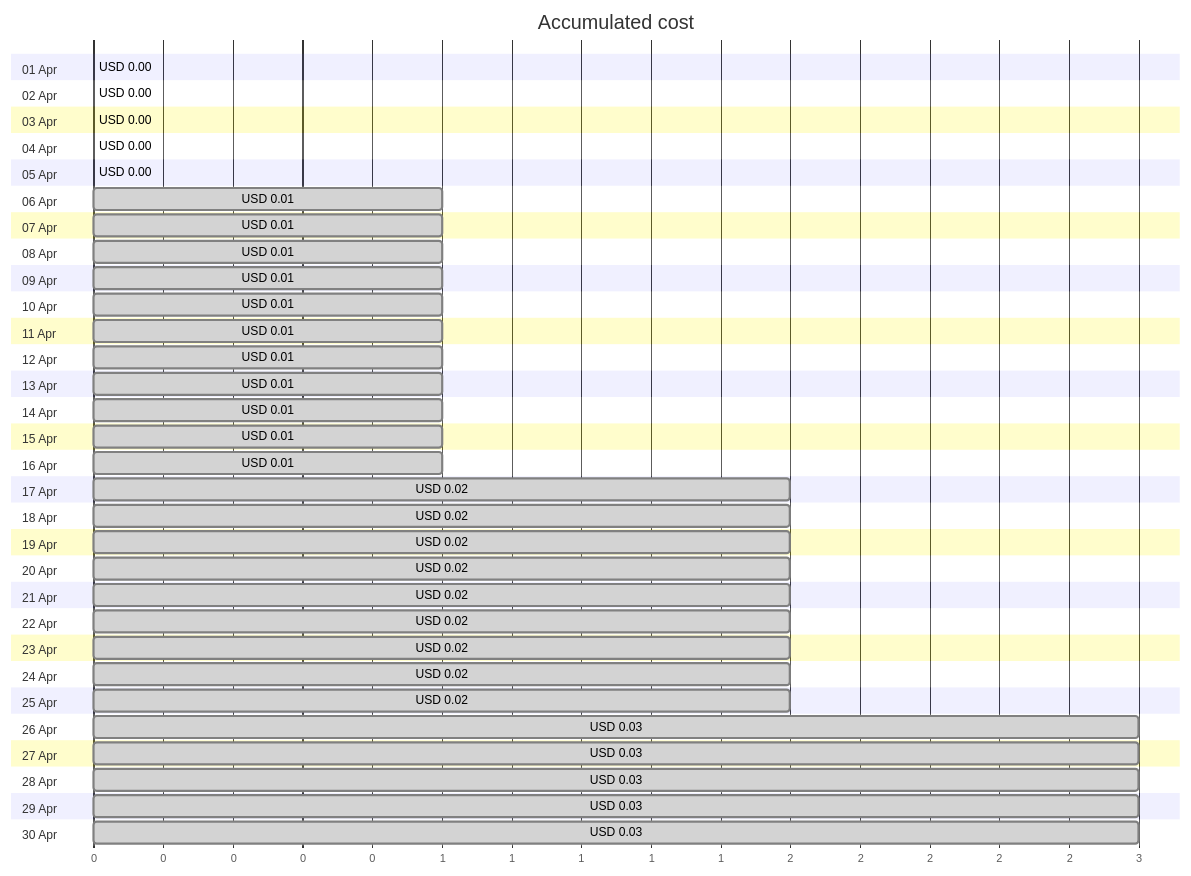
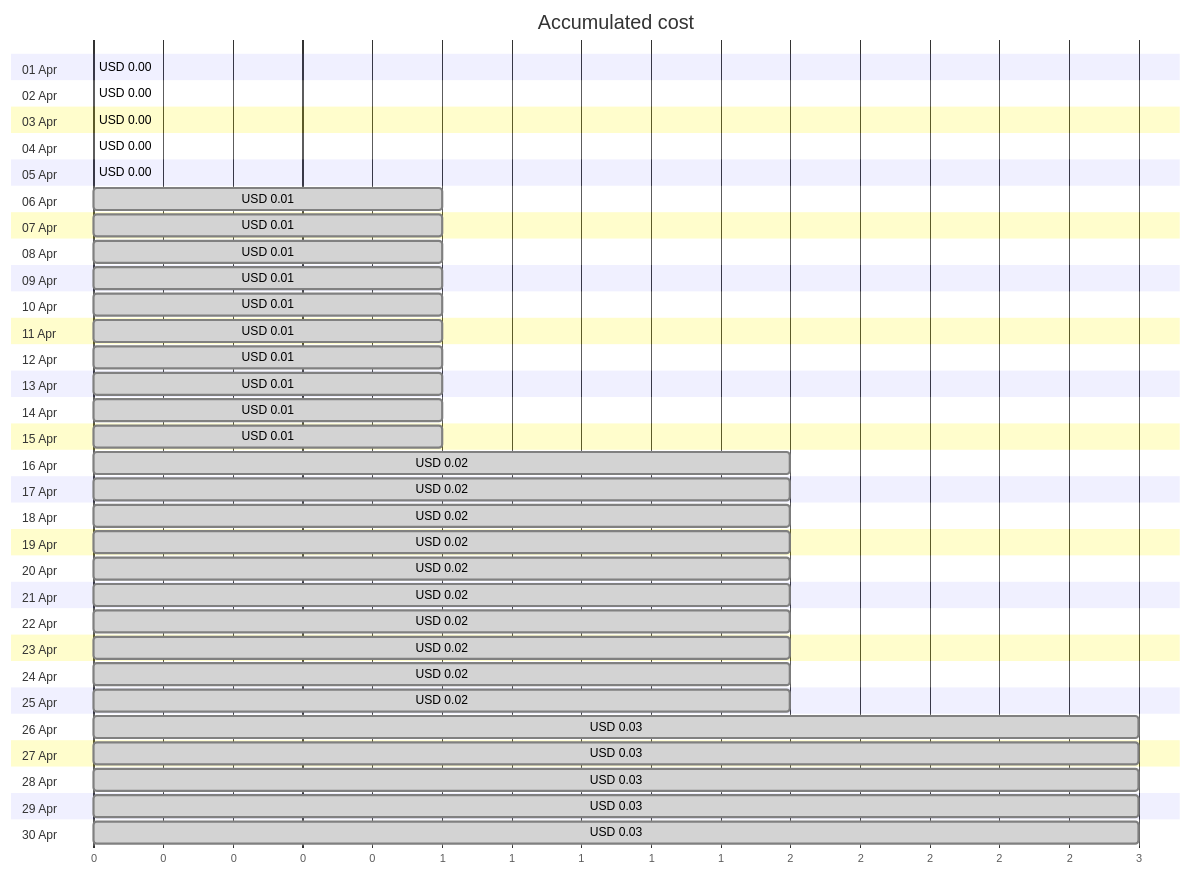
Before and after one commit to jpfulton/azure-personal-reports: the first of 4 diagrams in cost-reports/personal-site/personalsiteapipreview.md, drawn with Mermaid. The commit also changed other lines of this file and 7 other files, not shown here.

````diff
--- a/cost-reports/personal-site/personalsiteapipreview.md
+++ b/cost-reports/personal-site/personalsiteapipreview.md
@@ -20,66 +20,66 @@
 ```mermaid
 gantt
    title Accumulated cost
    dateFormat  X
    axisFormat %s
    section 01 Apr
    USD 0.00 :0, 0
    section 02 Apr
    USD 0.00 :0, 0
    section 03 Apr
    USD 0.00 :0, 0
    section 04 Apr
-   USD 0.00 : done, 0, 0
+   USD 0.00 :0, 0
    section 05 Apr
    USD 0.00 : done, 0, 0
    section 06 Apr
    USD 0.01 : done, 0, 1
    section 07 Apr
    USD 0.01 : done, 0, 1
    section 08 Apr
    USD 0.01 : done, 0, 1
    section 09 Apr
    USD 0.01 : done, 0, 1
    section 10 Apr
    USD 0.01 : done, 0, 1
    section 11 Apr
    USD 0.01 : done, 0, 1
    section 12 Apr
    USD 0.01 : done, 0, 1
    section 13 Apr
    USD 0.01 : done, 0, 1
    section 14 Apr
    USD 0.01 : done, 0, 1
    section 15 Apr
    USD 0.01 : done, 0, 1
    section 16 Apr
-   USD 0.01 : done, 0, 1
+   USD 0.02 : done, 0, 2
    section 17 Apr
    USD 0.02 : done, 0, 2
    section 18 Apr
    USD 0.02 : done, 0, 2
    section 19 Apr
    USD 0.02 : done, 0, 2
    section 20 Apr
    USD 0.02 : done, 0, 2
    section 21 Apr
    USD 0.02 : done, 0, 2
    section 22 Apr
    USD 0.02 : done, 0, 2
    section 23 Apr
    USD 0.02 : done, 0, 2
    section 24 Apr
    USD 0.02 : done, 0, 2
    section 25 Apr
    USD 0.02 : done, 0, 2
    section 26 Apr
    USD 0.03 : done, 0, 3
    section 27 Apr
    USD 0.03 : done, 0, 3
    section 28 Apr
    USD 0.03 : done, 0, 3
    section 29 Apr
    USD 0.03 : done, 0, 3
    section 30 Apr
    USD 0.03 : done, 0, 3
 ```
````
